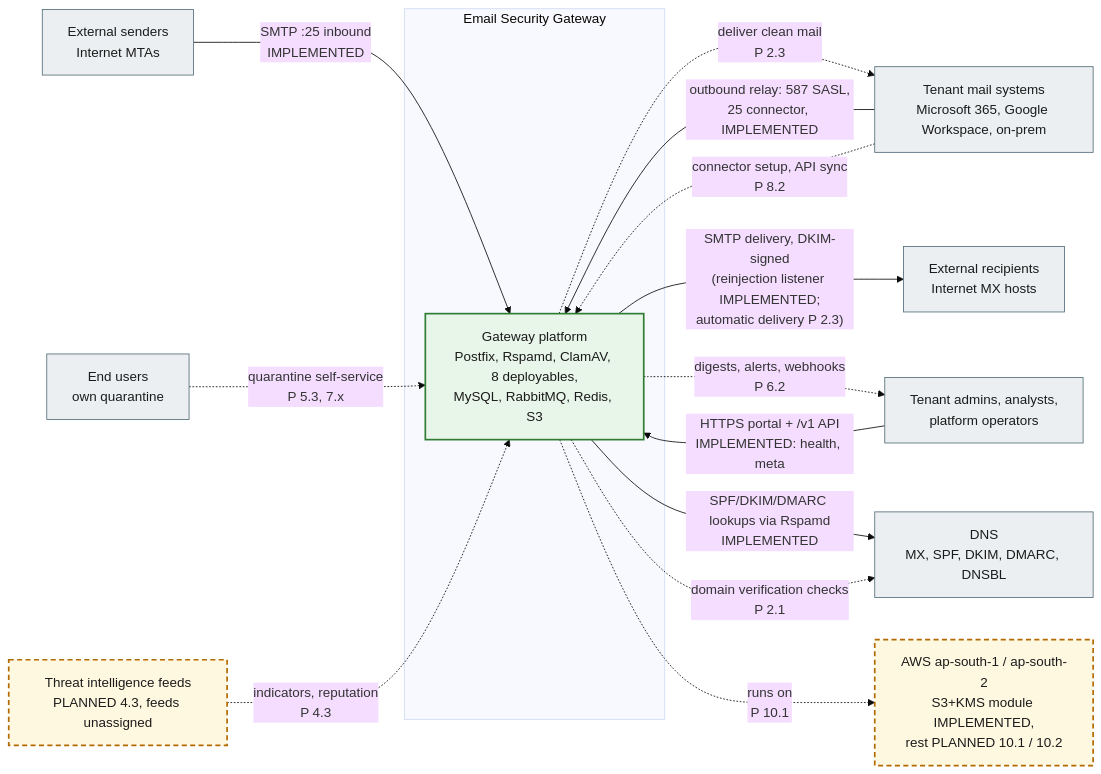
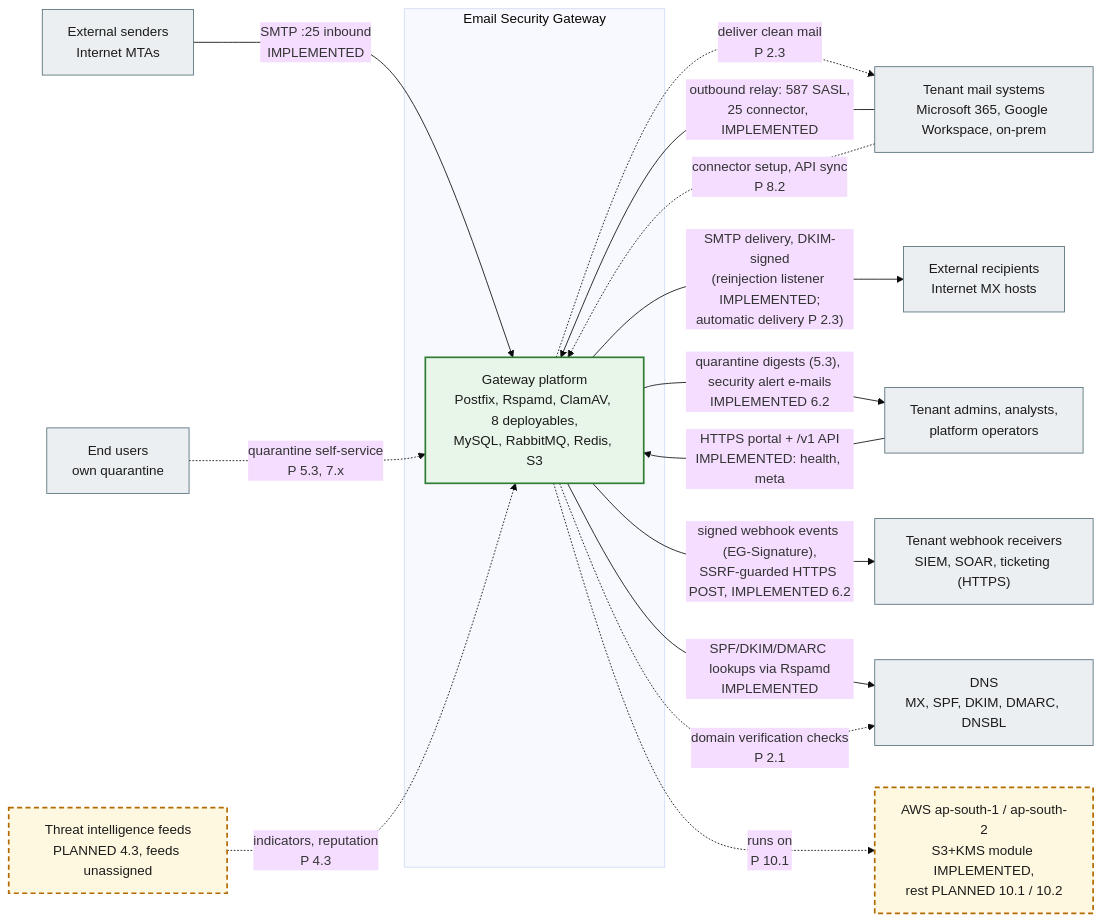
The diagram in docs/architecture/diagrams/01-system-context.md (mnnitsarvesh-ai/email-gateway), drawn with Mermaid (base theme) before and after one commit. The commit also changed other lines of this file and 245 other files, not shown here.

First line of the commit message:
feat(webhooks): step 6.2 webhooks and notifications (signed delivery, retries, replay, alerts)

````diff
--- a/docs/architecture/diagrams/01-system-context.md
+++ b/docs/architecture/diagrams/01-system-context.md
@@ -5,32 +5,34 @@
 ```mermaid
 flowchart LR
   classDef impl fill:#e8f5e9,stroke:#2e7d32,stroke-width:2px,color:#1b1b1b
   classDef planned fill:#fff8e1,stroke:#b26a00,stroke-width:2px,stroke-dasharray:6 4,color:#1b1b1b
   classDef ext fill:#eceff1,stroke:#546e7a,stroke-width:1px,color:#1b1b1b
 
   senders["External senders<br/>Internet MTAs"]:::ext
   recipients["External recipients<br/>Internet MX hosts"]:::ext
   tenantMail["Tenant mail systems<br/>Microsoft 365, Google Workspace, on-prem"]:::ext
   admins["Tenant admins, analysts,<br/>platform operators"]:::ext
   endUsers["End users<br/>own quarantine"]:::ext
   dns["DNS<br/>MX, SPF, DKIM, DMARC, DNSBL"]:::ext
+  siem["Tenant webhook receivers<br/>SIEM, SOAR, ticketing (HTTPS)"]:::ext
   feeds["Threat intelligence feeds<br/>PLANNED 4.3, feeds unassigned"]:::planned
   aws["AWS ap-south-1 / ap-south-2<br/>S3+KMS module IMPLEMENTED,<br/>rest PLANNED 10.1 / 10.2"]:::planned
 
   subgraph gw["Email Security Gateway"]
     core["Gateway platform<br/>Postfix, Rspamd, ClamAV, 8 deployables,<br/>MySQL, RabbitMQ, Redis, S3"]:::impl
   end
 
   senders -->|"SMTP :25 inbound<br/>IMPLEMENTED"| core
   core -.->|"deliver clean mail<br/>P 2.3"| tenantMail
   tenantMail -->|"outbound relay: 587 SASL,<br/>25 connector, IMPLEMENTED"| core
   core -->|"SMTP delivery, DKIM-signed<br/>(reinjection listener IMPLEMENTED;<br/>automatic delivery P 2.3)"| recipients
   tenantMail -.->|"connector setup, API sync<br/>P 8.2"| core
   admins -->|"HTTPS portal + /v1 API<br/>IMPLEMENTED: health, meta"| core
   endUsers -.->|"quarantine self-service<br/>P 5.3, 7.x"| core
-  core -.->|"digests, alerts, webhooks<br/>P 6.2"| admins
+  core -->|"quarantine digests (5.3), security alert e-mails<br/>IMPLEMENTED 6.2"| admins
+  core -->|"signed webhook events (EG-Signature),<br/>SSRF-guarded HTTPS POST, IMPLEMENTED 6.2"| siem
   core -->|"SPF/DKIM/DMARC lookups via Rspamd<br/>IMPLEMENTED"| dns
   core -.->|"domain verification checks<br/>P 2.1"| dns
   feeds -.->|"indicators, reputation<br/>P 4.3"| core
   core -.->|"runs on<br/>P 10.1"| aws
 ```
````
